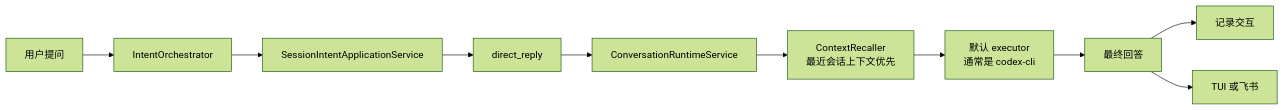
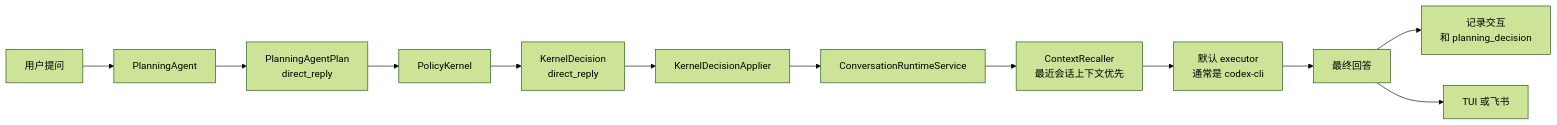
One commit to IFOSR/metawork changed the second of 4 diagrams in README.zh-CN.md. Above: the diagram before and after it, drawn with Mermaid (forest theme). The commit also changed other lines of this file and 29 other files, not shown here.

Commit message:
feat: split planning agent policy kernel path

````diff
--- a/README.zh-CN.md
+++ b/README.zh-CN.md
@@ -71,12 +77,14 @@
 ```mermaid
 flowchart LR
-  Input[用户提问] --> Intent[IntentOrchestrator]
-  Intent --> Apply[SessionIntentApplicationService]
-  Apply --> Direct[direct_reply]
-  Direct --> Runtime[ConversationRuntimeService]
-  Runtime --> Recall[ContextRecaller<br/>最近会话上下文优先]
+  Input[用户提问] --> Planning[PlanningAgent]
+  Planning --> Plan[PlanningAgentPlan<br/>direct_reply]
+  Plan --> Kernel[PolicyKernel]
+  Kernel --> Decision[KernelDecision<br/>direct_reply]
+  Decision --> Runtime[KernelDecisionApplier]
+  Runtime --> Conversation[ConversationRuntimeService]
+  Conversation --> Recall[ContextRecaller<br/>最近会话上下文优先]
   Recall --> Executor[默认 executor<br/>通常是 codex-cli]
   Executor --> Answer[最终回答]
-  Answer --> Persist[记录交互]
+  Answer --> Persist[记录交互<br/>和 planning_decision]
   Answer --> UI[TUI 或飞书]
 ```
````
